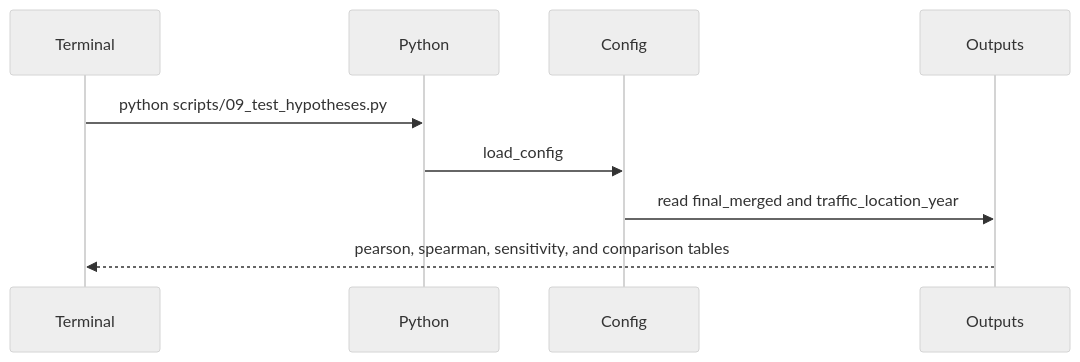
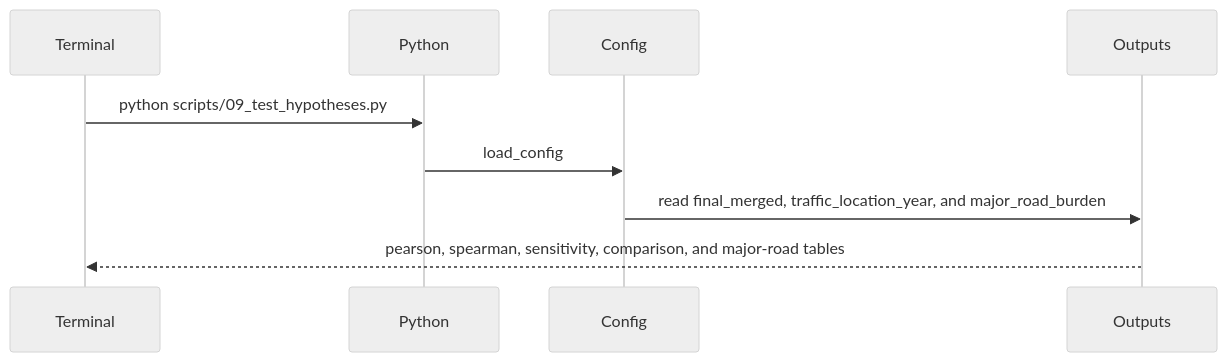
Before and after one commit to VicChen199/MacaulaySeminar3: the tenth of 13 diagrams in docs/architecture.md, drawn with Mermaid (neutral theme). The commit also changed other lines of this file and 1 other file, not shown here.

Commit message:
Plan a separate major-road length correlation beside the count-site test.

````diff
--- a/docs/architecture.md
+++ b/docs/architecture.md
@@ -306,11 +334,11 @@
 ```mermaid
 sequenceDiagram
   participant Terminal
   participant Python
   participant Config
   participant Outputs
   Terminal->>Python: python scripts/09_test_hypotheses.py
   Python->>Config: load_config
-  Config->>Outputs: read final_merged and traffic_location_year
-  Outputs-->>Terminal: pearson, spearman, sensitivity, and comparison tables
+  Config->>Outputs: read final_merged, traffic_location_year, and major_road_burden
+  Outputs-->>Terminal: pearson, spearman, sensitivity, comparison, and major-road tables
 ```
````
